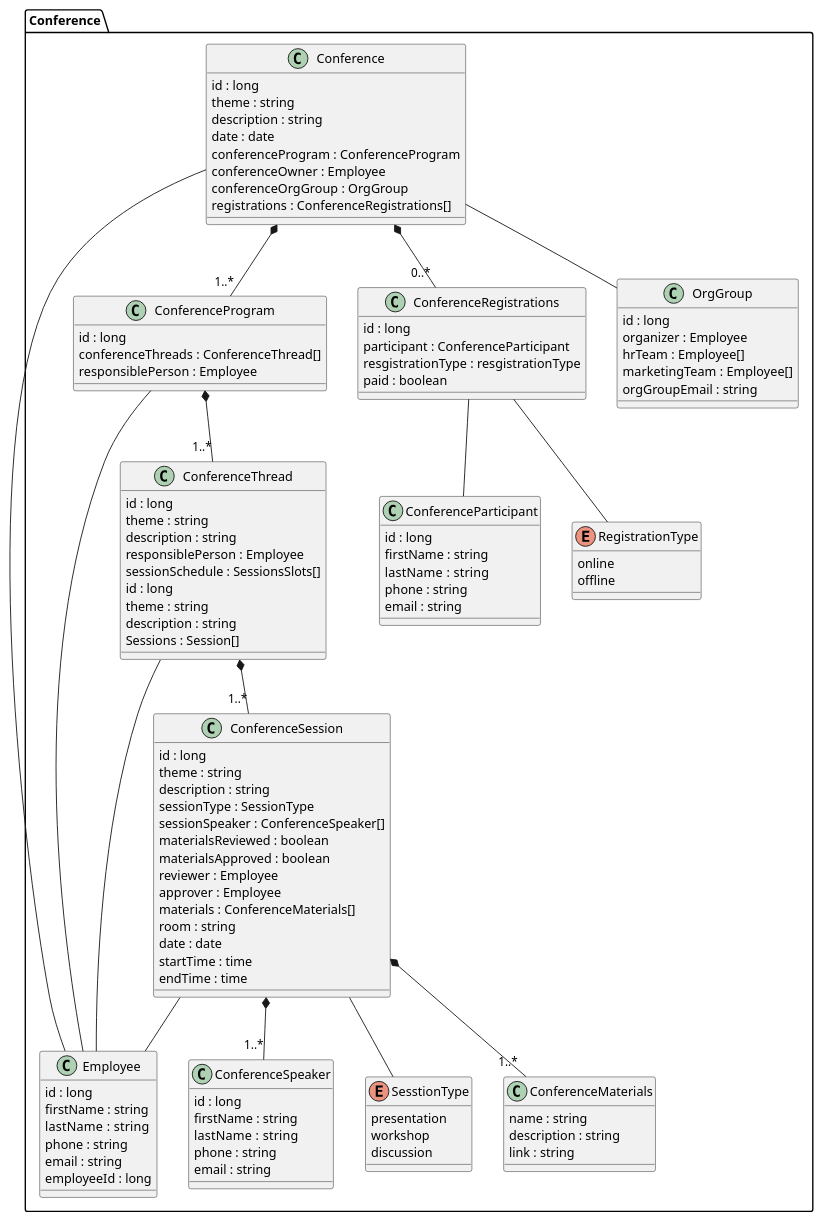
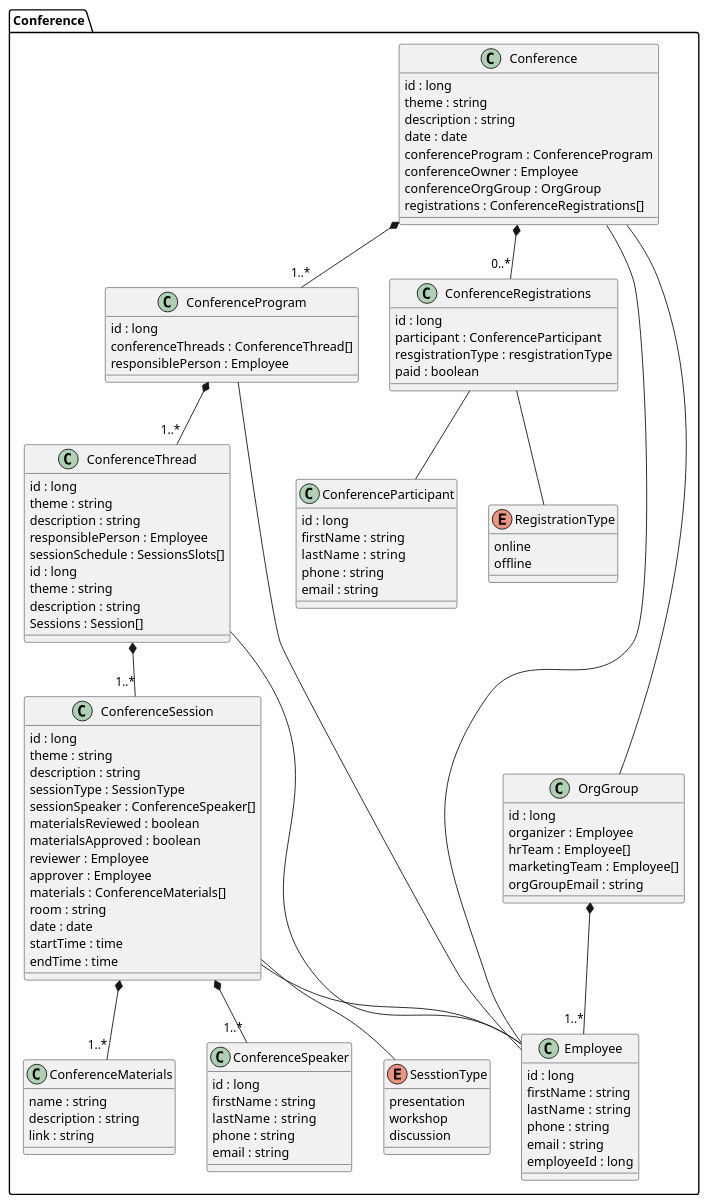
One commit to nnshalaeva/Architect_School_NNShalaeva changed the diagram in docs/data/data.md. Above: the diagram before and after it, drawn with PlantUML.

Commit message:
Объекная модель
Объекная модель

```diff
--- a/docs/data/data.md
+++ b/docs/data/data.md
@@ -130,6 +130,7 @@
     Conference  *-- "0..*" ConferenceRegistrations
     ConferenceRegistrations -- ConferenceParticipant
     ConferenceSession -- Employee
+    OrgGroup *-- "1..*" Employee
 }
 
 
```
